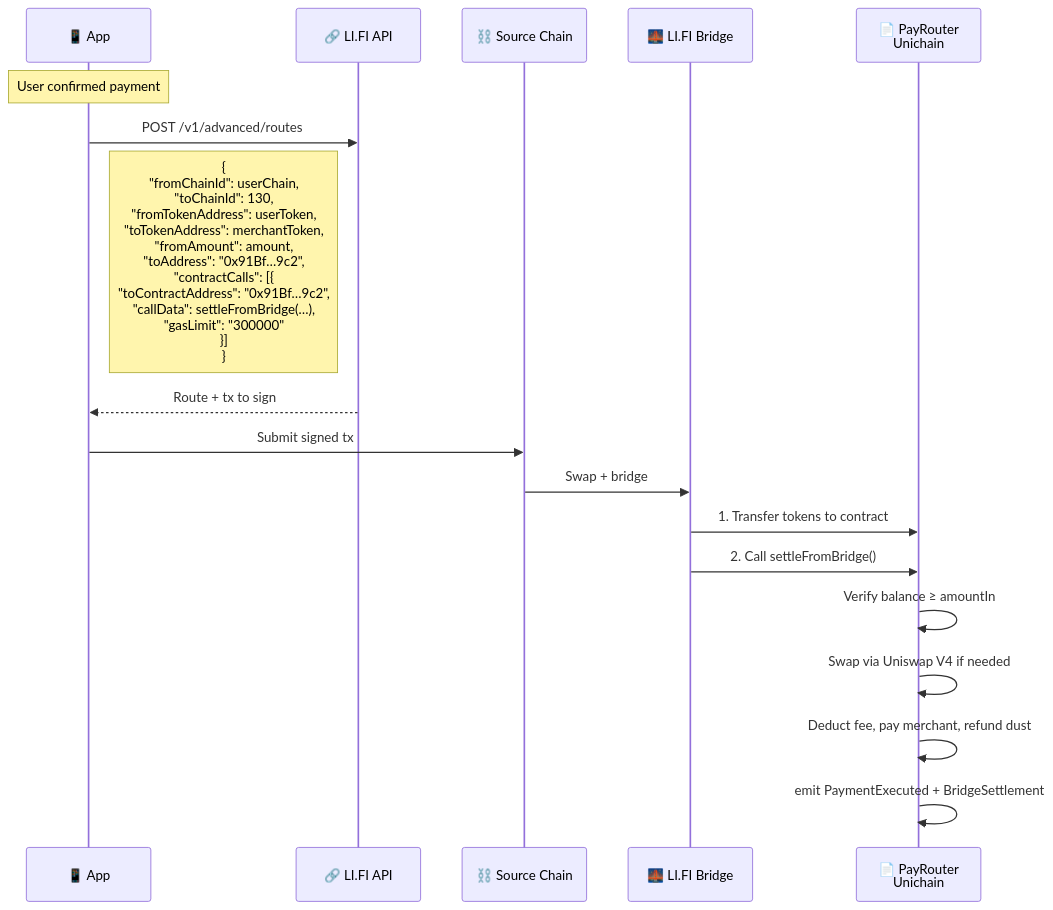
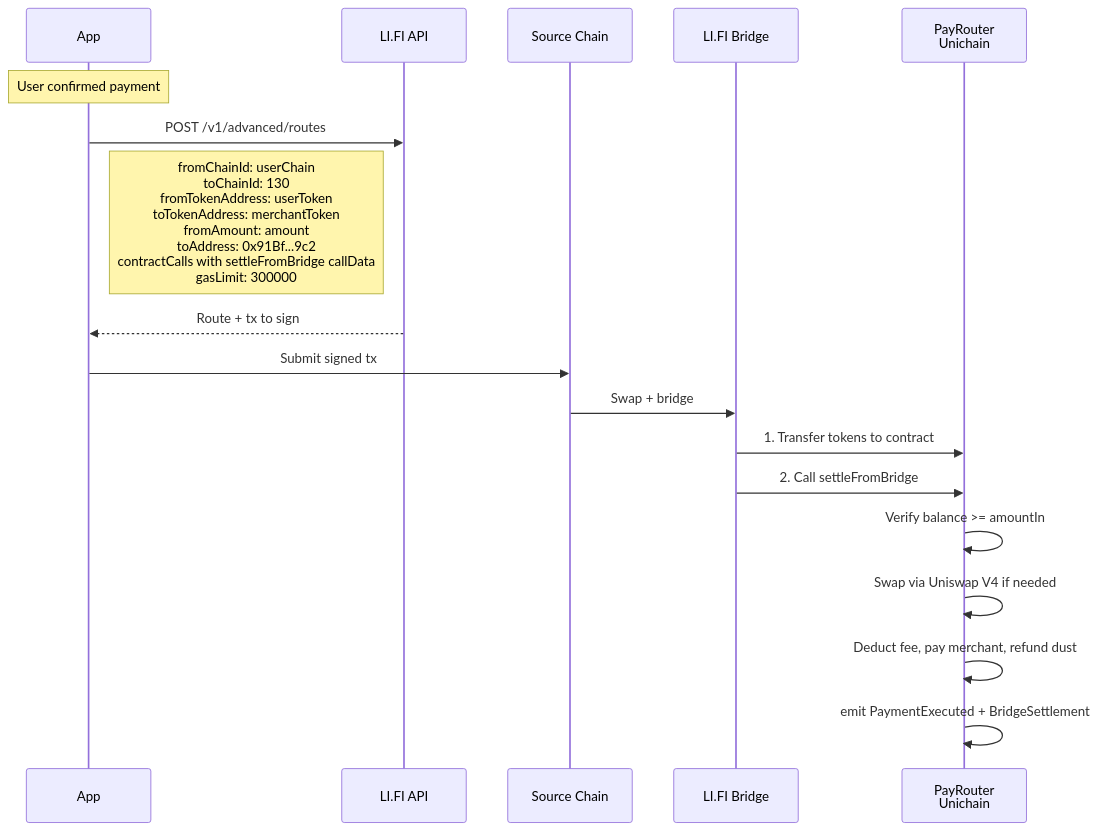
The eighth of 11 diagrams in docs/architecture.md (danelerr/htm-abipago), drawn with Mermaid before and after one commit. The commit also changed other lines of this file, not shown here.

Commit message:
updsare diagram

````diff
--- a/docs/architecture.md
+++ b/docs/architecture.md
@@ -393,24 +393,24 @@
 ```mermaid
 sequenceDiagram
-    participant App as 📱 App
-    participant LIFI_API as 🔗 LI.FI API
-    participant SrcChain as ⛓️ Source Chain
-    participant LIFI_Bridge as 🌉 LI.FI Bridge
-    participant PayRouter as 📄 PayRouter<br/>Unichain
+    participant App as App
+    participant LIFI_API as LI.FI API
+    participant SrcChain as Source Chain
+    participant LIFI_Bridge as LI.FI Bridge
+    participant PayRouter as PayRouter<br/>Unichain
 
     Note over App: User confirmed payment
 
     App->>LIFI_API: POST /v1/advanced/routes
-    Note right of App: {<br/>"fromChainId": userChain,<br/>"toChainId": 130,<br/>"fromTokenAddress": userToken,<br/>"toTokenAddress": merchantToken,<br/>"fromAmount": amount,<br/>"toAddress": "0x91Bf…9c2",<br/>"contractCalls": [{<br/>  "toContractAddress": "0x91Bf…9c2",<br/>  "callData": settleFromBridge(…),<br/>  "gasLimit": "300000"<br/>}]<br/>}
+    Note right of App: fromChainId: userChain<br/>toChainId: 130<br/>fromTokenAddress: userToken<br/>toTokenAddress: merchantToken<br/>fromAmount: amount<br/>toAddress: 0x91Bf...9c2<br/>contractCalls with settleFromBridge callData<br/>gasLimit: 300000
 
     LIFI_API-->>App: Route + tx to sign
 
     App->>SrcChain: Submit signed tx
     SrcChain->>LIFI_Bridge: Swap + bridge
     LIFI_Bridge->>PayRouter: 1. Transfer tokens to contract
-    LIFI_Bridge->>PayRouter: 2. Call settleFromBridge()
-    PayRouter->>PayRouter: Verify balance ≥ amountIn
+    LIFI_Bridge->>PayRouter: 2. Call settleFromBridge
+    PayRouter->>PayRouter: Verify balance >= amountIn
     PayRouter->>PayRouter: Swap via Uniswap V4 if needed
     PayRouter->>PayRouter: Deduct fee, pay merchant, refund dust
     PayRouter->>PayRouter: emit PaymentExecuted + BridgeSettlement
 ```
````
